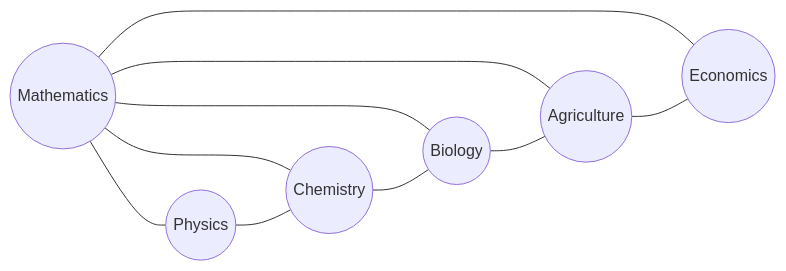
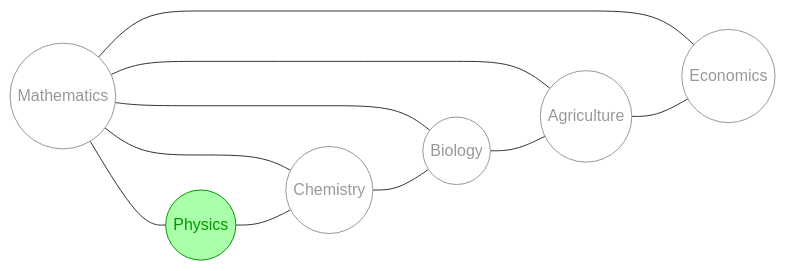
The diagram in maps/README.md (dudung/moparc), drawn with Mermaid before and after one commit.

Commit message:
updates style with default

````diff
--- a/maps/README.md
+++ b/maps/README.md
@@ -6,21 +6,25 @@
 ```mermaid
 flowchart LR
   %% links
   math --- phys & chem & biol & agri & econ
   phys --- chem --- biol --- agri  --- econ
   agri(( Agriculture ))
   biol(( Biology ))
   chem(( Chemistry ))
   econ(( Economics ))
   math(( Mathematics ))
   phys(( Physics ))
   %% pages
   click agri "https://github.com/dudung/moparc/tree/main/maps/agri" _self
   click astr "https://github.com/dudung/moparc/tree/main/maps/astr" _self
   click biol "https://github.com/dudung/moparc/tree/main/maps/biol" _self
   click chem "https://github.com/dudung/moparc/tree/main/maps/chem" _self
   click econ "https://github.com/dudung/moparc/tree/main/maps/econ" _self
   click math "https://github.com/dudung/moparc/tree/main/maps/math" _self
   click phys "https://github.com/dudung/moparc/tree/main/maps/phys" _self
   %% styles
+  classDef default fill:#fff,stroke:#999,stroke-width:1px,color:#999;
+  classDef prev fill:#fcc,stroke:#900,stroke-width:1px,color:#900;
+  classDef next fill:#afa,stroke:#090,stroke-width:1px,color:#090;
+  class phys next;
 ```
````
